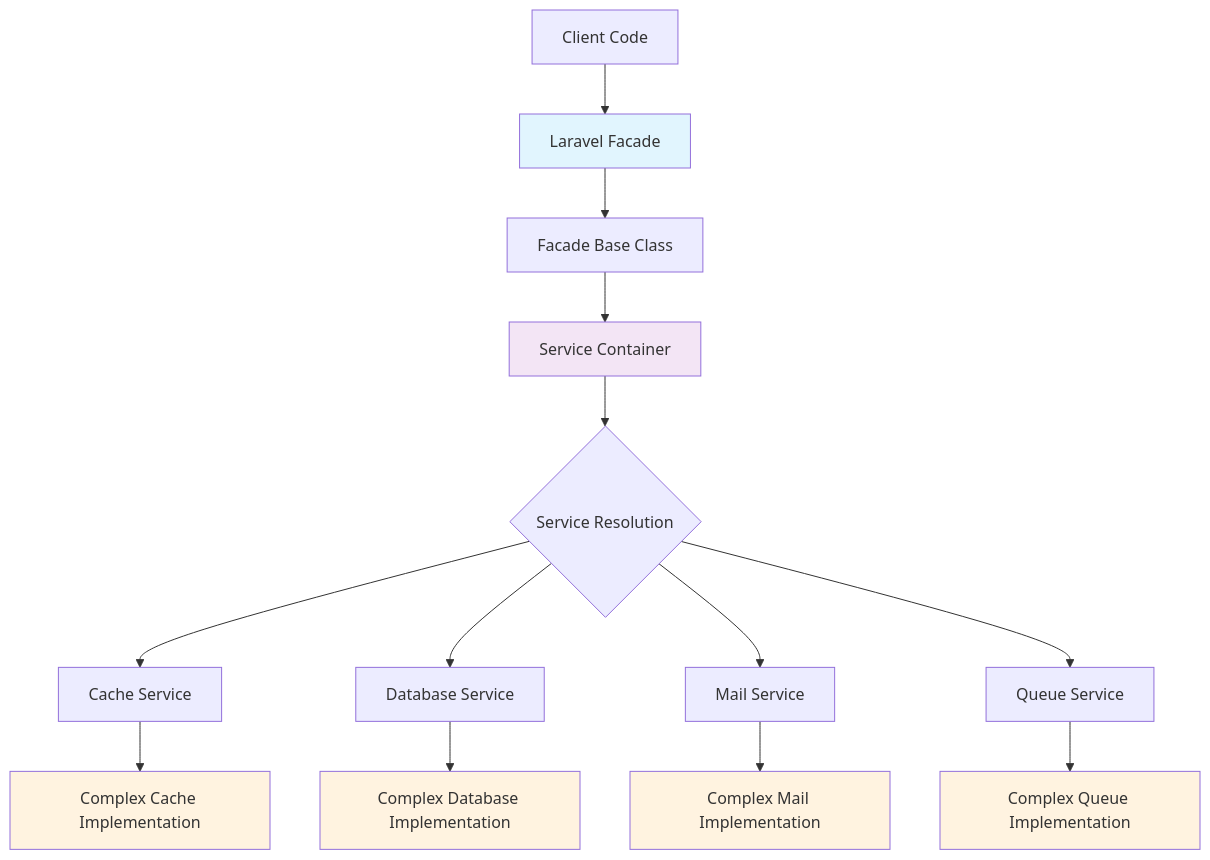
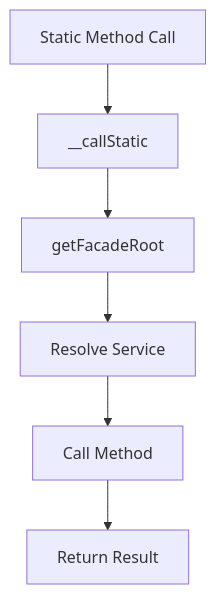
Before and after one commit to fanly/DesignPattern: the fourth of 4 diagrams in resources/design-patterns/laravel/structural/facade_en.md, drawn with Mermaid. The commit also changed other lines of this file and 2 other files, not shown here.

````diff
--- a/resources/design-patterns/laravel/structural/facade_en.md
+++ b/resources/design-patterns/laravel/structural/facade_en.md
@@ -48,23 +87,8 @@
 ```mermaid
-graph TB
-    A[Client Code] --> B[Laravel Facade]
-    B --> C[Facade Base Class]
-    C --> D[Service Container]
-    D --> E{Service Resolution}
-    E --> F[Cache Service]
-    E --> G[Database Service]
-    E --> H[Mail Service]
-    E --> I[Queue Service]
-    
-    F --> J[Complex Cache Implementation]
-    G --> K[Complex Database Implementation]
-    H --> L[Complex Mail Implementation]
-    I --> M[Complex Queue Implementation]
-    
-    style B fill:#e1f5fe
-    style D fill:#f3e5f5
-    style J fill:#fff3e0
-    style K fill:#fff3e0
-    style L fill:#fff3e0
-    style M fill:#fff3e0
+flowchart TD
+    A[Static Method Call] --> B[__callStatic]
+    B --> C[getFacadeRoot]
+    C --> D[Resolve Service]
+    D --> E[Call Method]
+    E --> F[Return Result]
 ```
````
